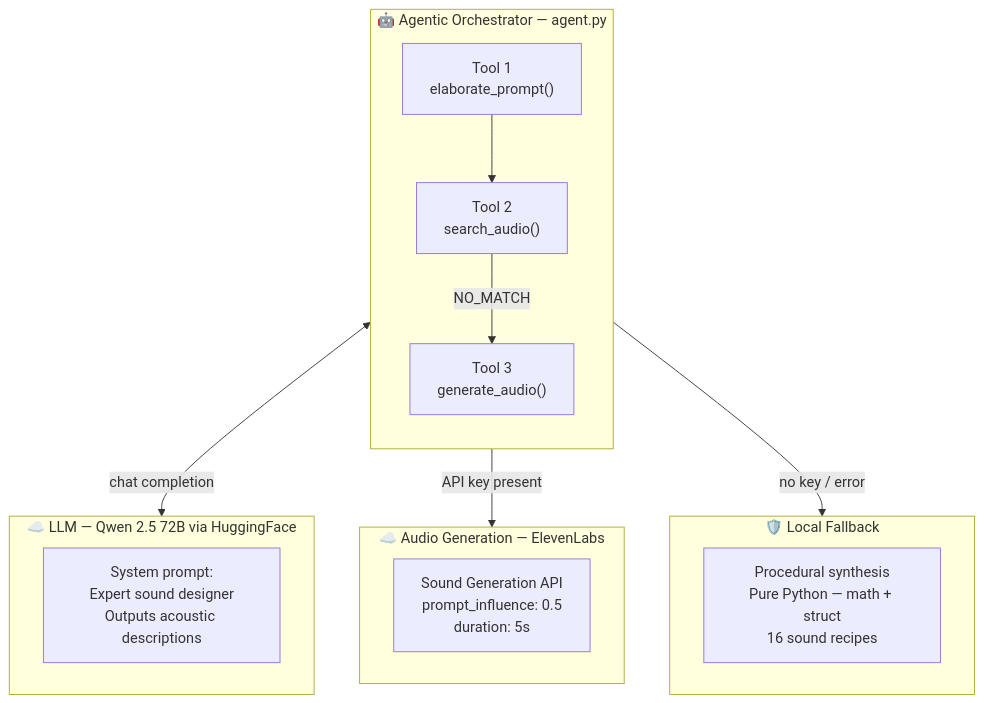
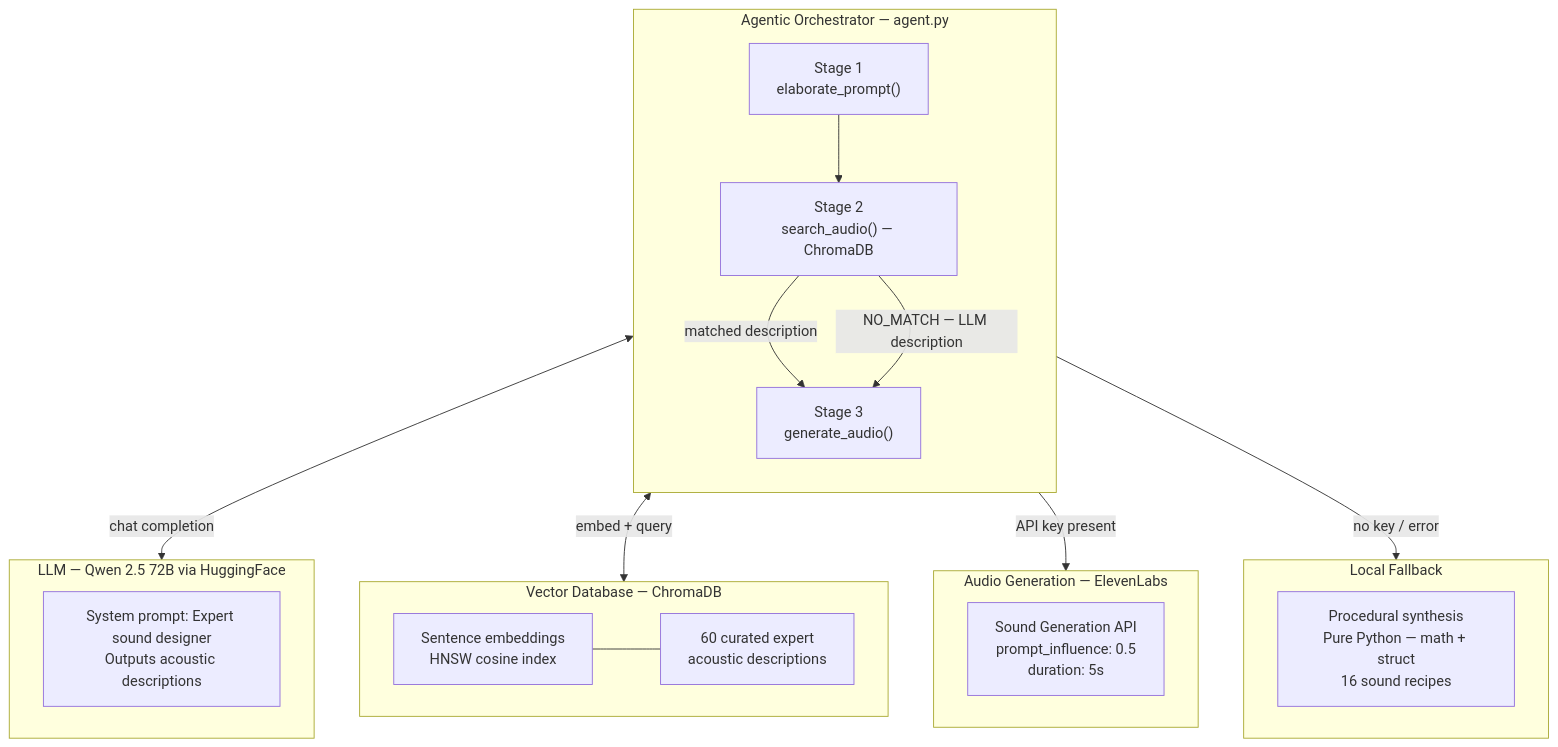
One commit to yshemashree/Audify.ai changed the second of 4 diagrams in README.md. Above: the diagram before and after it, drawn with Mermaid. The commit also changed other lines of this file, not shown here.

Commit message:
Update README with ChromaDB vector search, RAG pipeline, updated diagrams

````diff
--- a/README.md
+++ b/README.md
@@ -43,27 +46,35 @@
 ```mermaid
 graph TB
-    subgraph Agent["🤖 Agentic Orchestrator — agent.py"]
+    subgraph Agent["Agentic Orchestrator — agent.py"]
         direction TB
-        T1["Tool 1\nelaborate_prompt()"]
-        T2["Tool 2\nsearch_audio()"]
-        T3["Tool 3\ngenerate_audio()"]
+        T1["Stage 1\nelaborate_prompt()"]
+        T2["Stage 2\nsearch_audio() — ChromaDB"]
+        T3["Stage 3\ngenerate_audio()"]
         T1 --> T2
-        T2 -->|NO_MATCH| T3
+        T2 -->|matched description| T3
+        T2 -->|NO_MATCH — LLM description| T3
     end
 
-    subgraph LLM["☁️ LLM — Qwen 2.5 72B via HuggingFace"]
-        SP["System prompt:\nExpert sound designer\nOutputs acoustic descriptions"]
+    subgraph LLM["LLM — Qwen 2.5 72B via HuggingFace"]
+        SP["System prompt: Expert sound designer\nOutputs acoustic descriptions"]
     end
 
-    subgraph Audio["☁️ Audio Generation — ElevenLabs"]
+    subgraph VectorDB["Vector Database — ChromaDB"]
+        EMB["Sentence embeddings\nHNSW cosine index"]
+        DS["60 curated expert\nacoustic descriptions"]
+        EMB --- DS
+    end
+
+    subgraph Audio["Audio Generation — ElevenLabs"]
         EL["Sound Generation API\nprompt_influence: 0.5\nduration: 5s"]
     end
 
-    subgraph Fallback["🛡️ Local Fallback"]
+    subgraph Fallback["Local Fallback"]
         PROC["Procedural synthesis\nPure Python — math + struct\n16 sound recipes"]
     end
 
-    T1 <-->|"chat completion"| LLM
-    T3 -->|"API key present"| Audio
-    T3 -->|"no key / error"| Fallback
+    T1 <-->|chat completion| LLM
+    T2 <-->|embed + query| VectorDB
+    T3 -->|API key present| Audio
+    T3 -->|no key / error| Fallback
 ```
````
